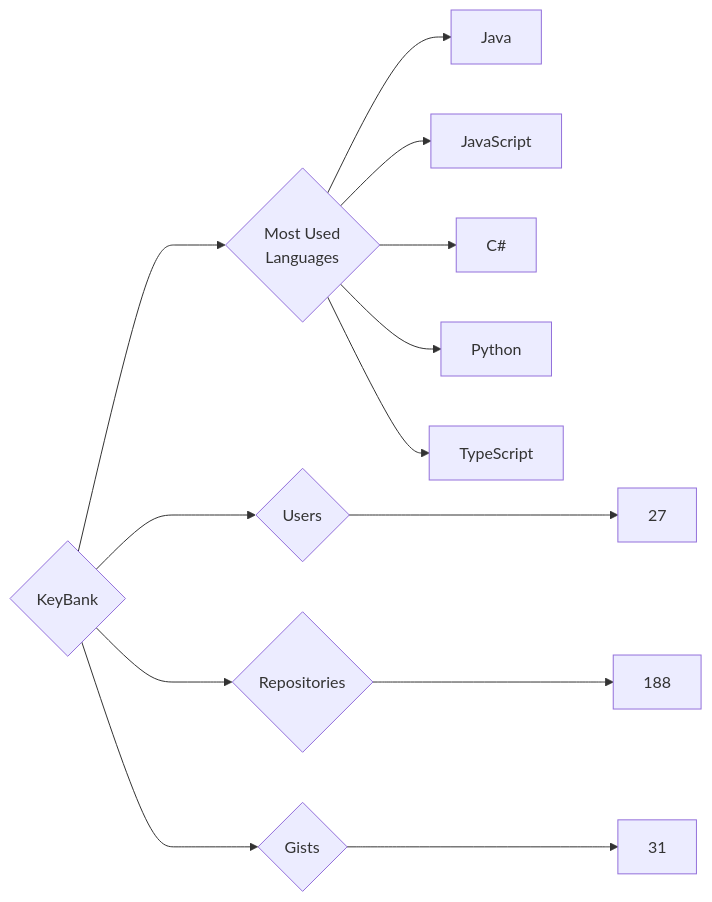
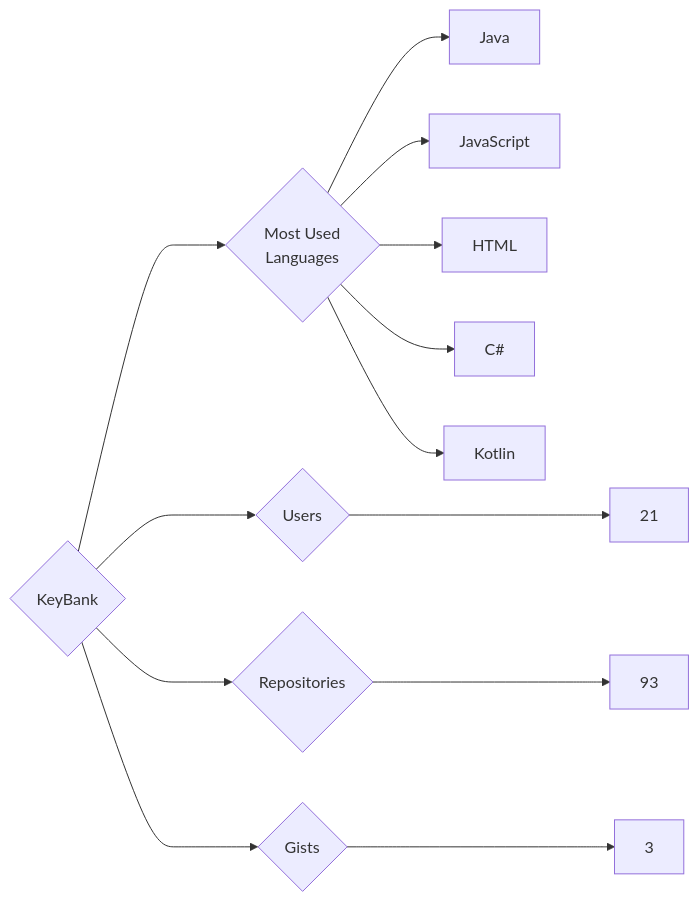
One commit to trickest/insiders changed the diagram in targets/KeyBank/README.md. Above: the diagram before and after it, drawn with Mermaid. The commit also changed 916 other files, not shown here.

````diff
--- a/targets/KeyBank/README.md
+++ b/targets/KeyBank/README.md
@@ -3,13 +3,13 @@
 ```mermaid
 graph LR
 COMPANY_NAME{KeyBank}
-COMPANY_NAME ---> U{Users} ---> UN[27]
-COMPANY_NAME ---> R{Repositories} ---> RN[188]
-COMPANY_NAME ---> G{Gists} ---> GN[31]
+COMPANY_NAME ---> U{Users} ---> UN[21]
+COMPANY_NAME ---> R{Repositories} ---> RN[93]
+COMPANY_NAME ---> G{Gists} ---> GN[3]
 COMPANY_NAME ---> ML{Most Used<br>Languages}
 ML --> Java[Java]
 ML --> JavaScript[JavaScript]
+ML --> HTML[HTML]
 ML --> C#[C#]
-ML --> Python[Python]
-ML --> TypeScript[TypeScript]
+ML --> Kotlin[Kotlin]
 ```
````
